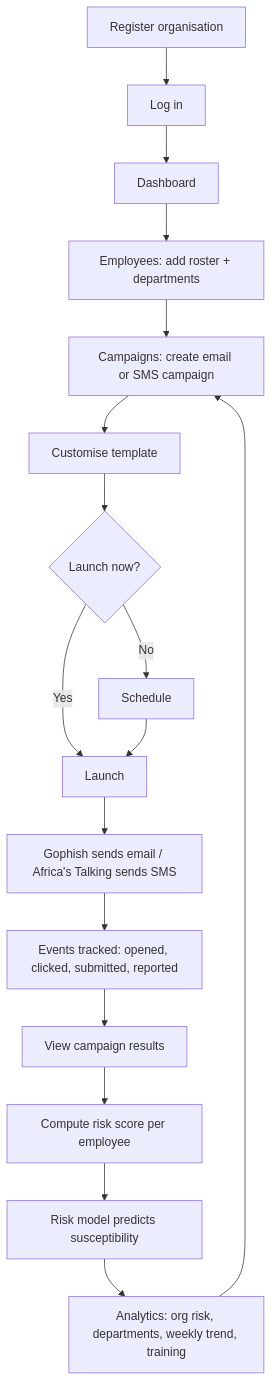
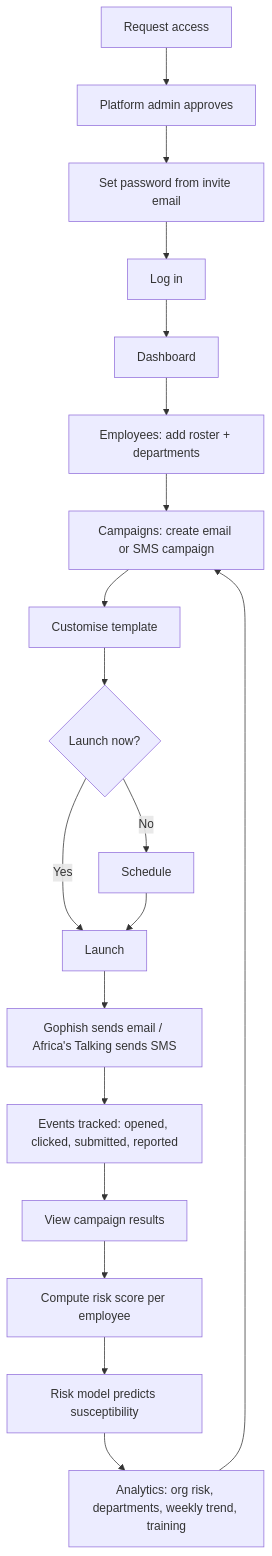
The first of 2 diagrams in README.md (ScottMuteti/redflag), drawn with Mermaid before and after one commit. The commit also changed other lines of this file and 50 other files, not shown here.

Commit message:
feat: google/passkey login, system admin, templates, access requests

````diff
--- a/README.md
+++ b/README.md
@@ -26,18 +26,20 @@
 ```mermaid
 flowchart TD
-    A[Register organisation] --> B[Log in]
+    R[Request access] --> P[Platform admin approves]
+    P --> A[Set password from invite email]
+    A --> B[Log in]
     B --> C[Dashboard]
     C --> D[Employees: add roster + departments]
     D --> E[Campaigns: create email or SMS campaign]
     E --> F[Customise template]
     F --> G{Launch now?}
     G -- Yes --> H[Launch]
     G -- No --> I[Schedule] --> H
     H --> J[Gophish sends email / Africa's Talking sends SMS]
     J --> K[Events tracked: opened, clicked, submitted, reported]
     K --> L[View campaign results]
     L --> M[Compute risk score per employee]
     M --> N[Risk model predicts susceptibility]
     N --> O[Analytics: org risk, departments, weekly trend, training]
     O --> E
 ```
````
